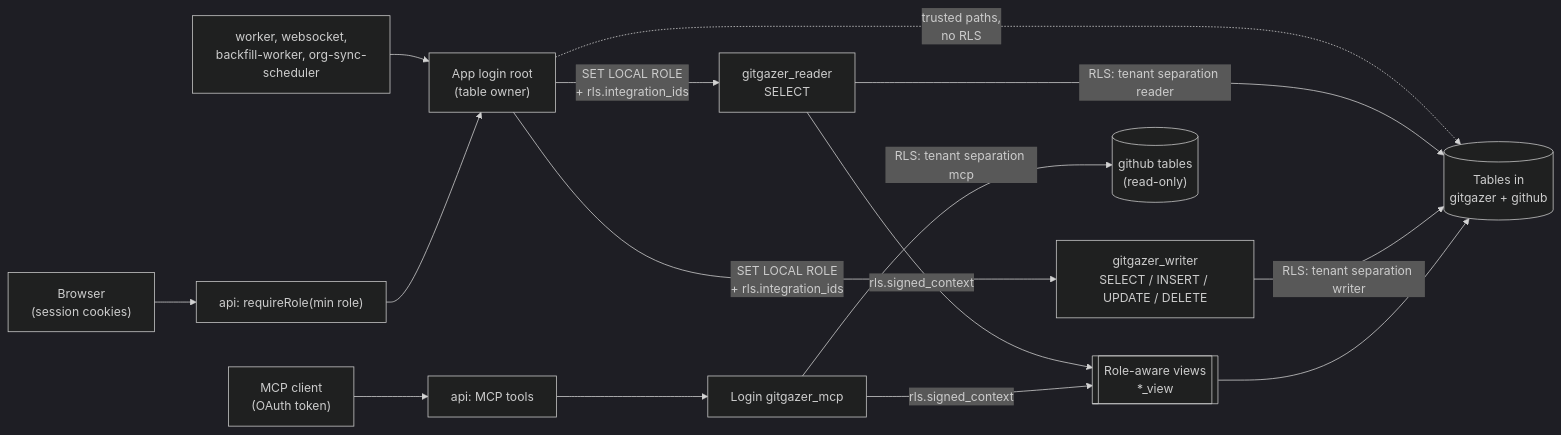
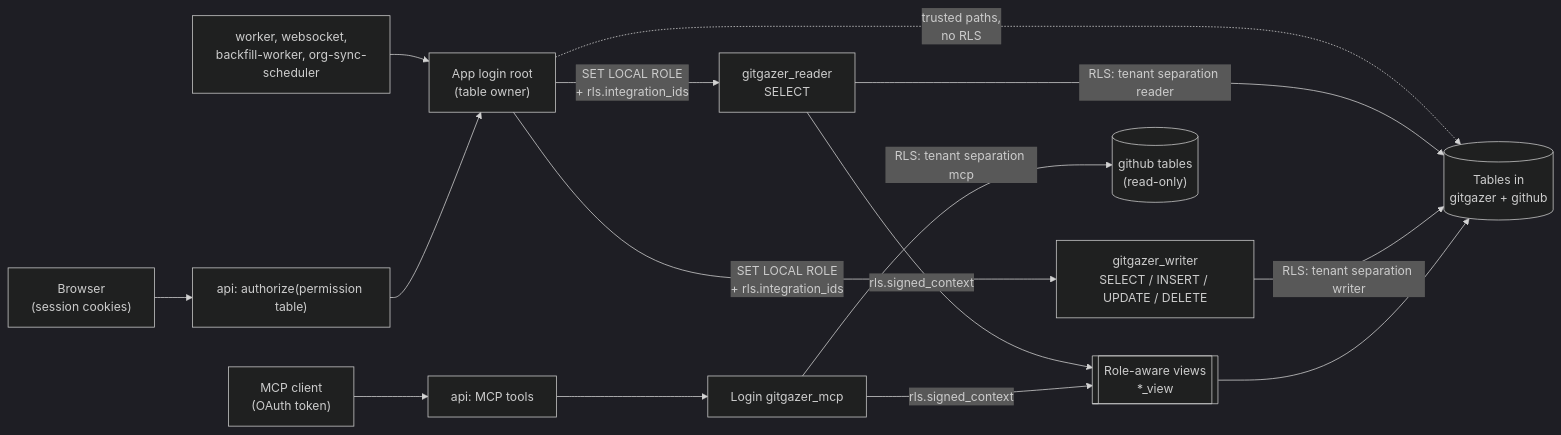
The first of 3 diagrams in apps/docs/docs/technical/roles-and-permissions.md (Mi3-14159/GitGazer), drawn with Mermaid (dark theme) before and after one commit. The commit also changed other lines of this file and 40 other files, not shown here.

First line of the commit message:
feat: check api requests and mcp tools against one permission table (#1923)

````diff
--- a/apps/docs/docs/technical/roles-and-permissions.md
+++ b/apps/docs/docs/technical/roles-and-permissions.md
@@ -16,20 +16,20 @@
 ```mermaid
 flowchart LR
-    Browser["Browser<br/>(session cookies)"] --> RR["api: requireRole(min role)"]
+    Browser["Browser<br/>(session cookies)"] --> RR["api: authorize(permission table)"]
     MCPC["MCP client<br/>(OAuth token)"] --> MCPT["api: MCP tools"]
     Workers["worker, websocket,<br/>backfill-worker, org-sync-scheduler"] --> Root
 
     RR --> Root["App login root<br/>(table owner)"]
     MCPT --> McpLogin["Login gitgazer_mcp"]
 
     Root -- "SET LOCAL ROLE<br/>+ rls.integration_ids" --> Reader["gitgazer_reader<br/>SELECT"]
     Root -- "SET LOCAL ROLE<br/>+ rls.integration_ids" --> Writer["gitgazer_writer<br/>SELECT / INSERT / UPDATE / DELETE"]
     Root -. "trusted paths,<br/>no RLS" .-> Tables
 
     Reader -- "RLS: tenant separation reader" --> Tables[("Tables in<br/>gitgazer + github")]
     Writer -- "RLS: tenant separation writer" --> Tables
     Reader -- "rls.signed_context" --> Views[["Role-aware views<br/>*_view"]]
     McpLogin -- "rls.signed_context" --> Views
     McpLogin -- "RLS: tenant separation mcp" --> GithubTables[("github tables<br/>(read-only)")]
     Views --> Tables
 ```
````
